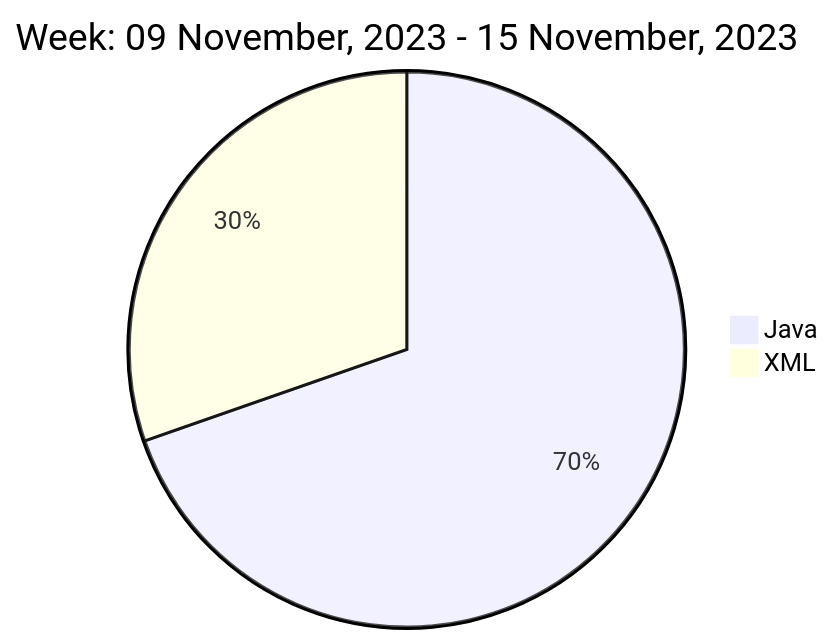
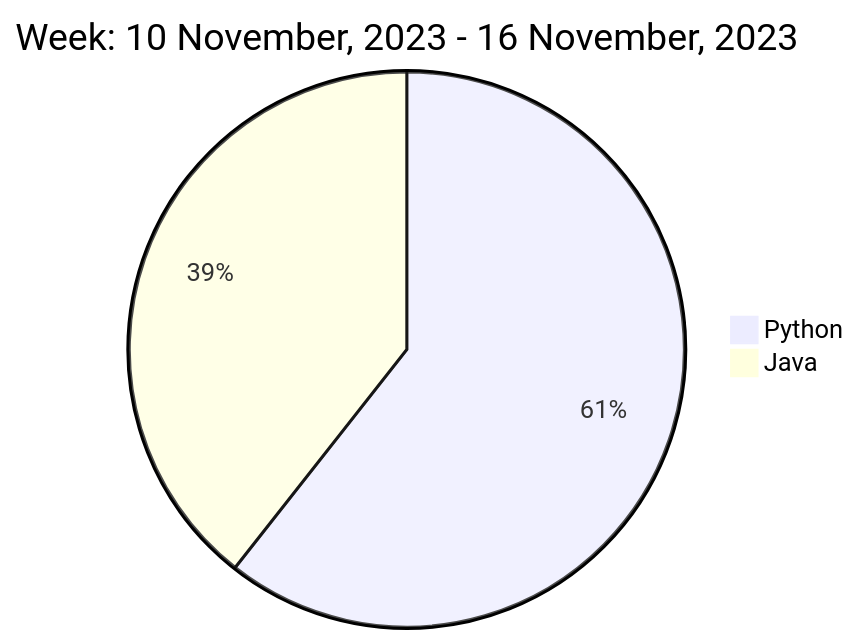
The diagram in README.md (liubin95/liubin95), drawn with Mermaid before and after one commit.

Commit message:
Updated the Graph with new Metrics

````diff
--- a/README.md
+++ b/README.md
@@ -37,6 +37,6 @@
 ```mermaid
  pie
-title Week: 09 November, 2023 - 15 November, 2023
- "Java" : 3.72
- "XML" : 1.62
+title Week: 10 November, 2023 - 16 November, 2023
+ "Python" : 2.57
+ "Java" : 1.67
 ```
````
